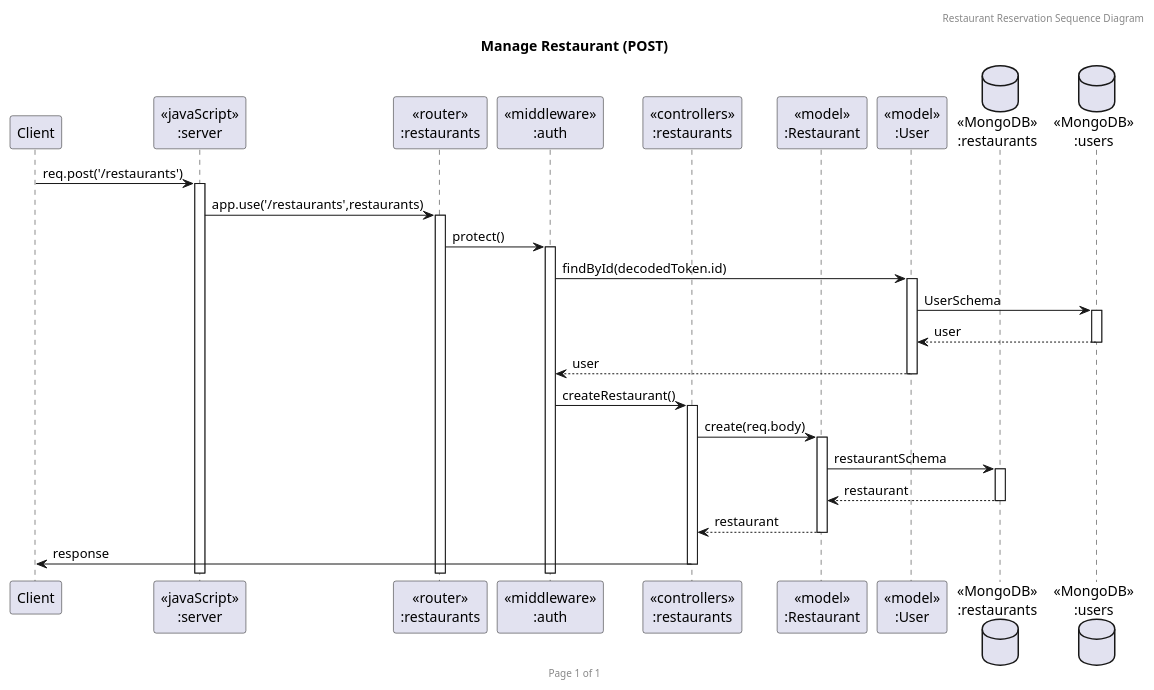
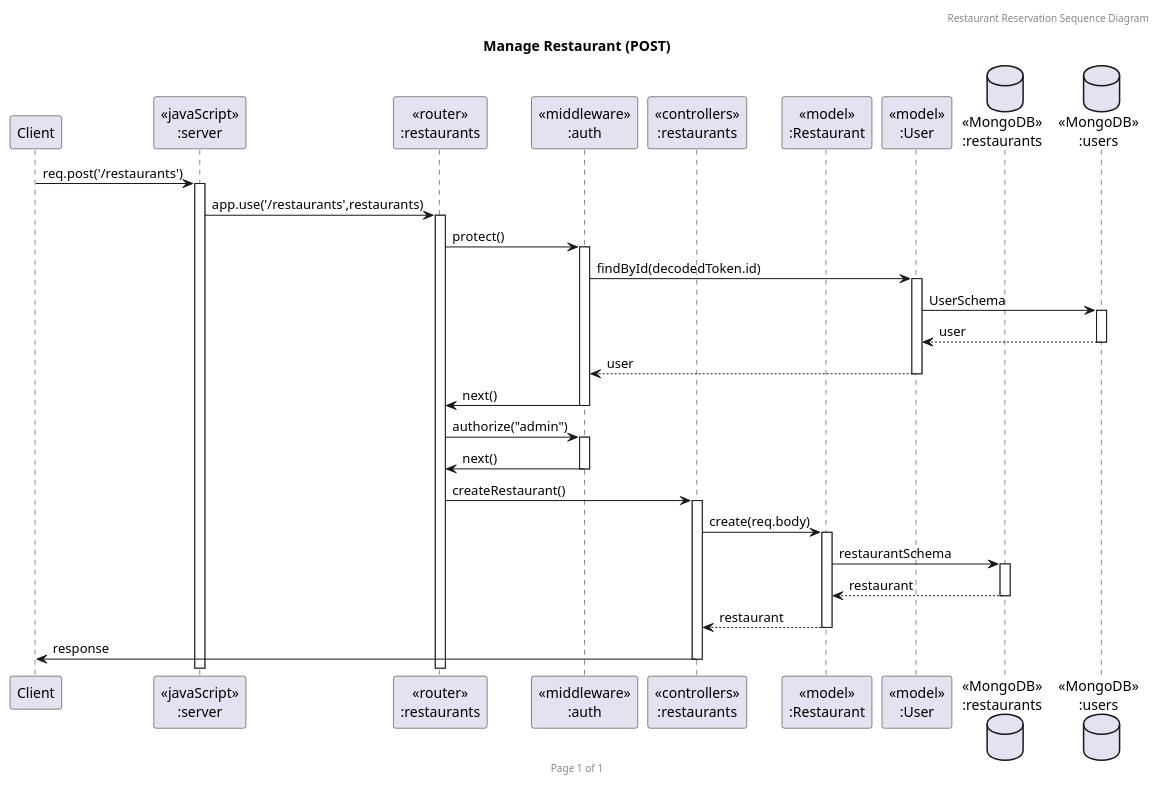
One commit to Prince-in-the-wood/sw-dev-term-project changed the diagram in doc/sequence-diagrams/restaurant/create-restaurant.puml. Above: the diagram before and after it, drawn with PlantUML. The commit also changed 9 other files, not shown here.

Commit message:
docs: Add missing seq in diagram

```diff
--- a/doc/sequence-diagrams/restaurant/create-restaurant.puml
+++ b/doc/sequence-diagrams/restaurant/create-restaurant.puml
@@ -1,32 +1,35 @@
 @startuml Manage Restaurant (POST)
 
 header Restaurant Reservation Sequence Diagram
 footer Page %page% of %lastpage%
 title "Manage Restaurant (POST)"
 
 participant "Client" as client
 participant "<<javaScript>>\n:server" as server
 participant "<<router>>\n:restaurants" as routerRestaurants
 participant "<<middleware>>\n:auth" as middlewareAuth
 participant "<<controllers>>\n:restaurants" as controllersRestaurants
 participant "<<model>>\n:Restaurant" as modelRestaurant
 participant "<<model>>\n:User" as modelUser
 database "<<MongoDB>>\n:restaurants" as RestaurantsDatabase
 database "<<MongoDB>>\n:users" as UsersDatabase
 
 ' POST
 client->server ++:req.post('/restaurants')
 server->routerRestaurants ++:app.use('/restaurants',restaurants)
 routerRestaurants -> middlewareAuth ++:protect()
 middlewareAuth -> modelUser ++:findById(decodedToken.id)
 modelUser -> UsersDatabase ++:UserSchema
 UsersDatabase --> modelUser --:user
 modelUser --> middlewareAuth --:user
-middlewareAuth -> controllersRestaurants ++:createRestaurant()
+middlewareAuth -> routerRestaurants --:next()
+routerRestaurants -> middlewareAuth ++:authorize("admin")
+middlewareAuth -> routerRestaurants --:next()
+routerRestaurants -> controllersRestaurants ++:createRestaurant()
 controllersRestaurants -> modelRestaurant ++:create(req.body)
 modelRestaurant -> RestaurantsDatabase ++:restaurantSchema 
 RestaurantsDatabase --> modelRestaurant --:restaurant
 controllersRestaurants <-- modelRestaurant --:restaurant
 controllersRestaurants -> client --:response
 
 @enduml
```
